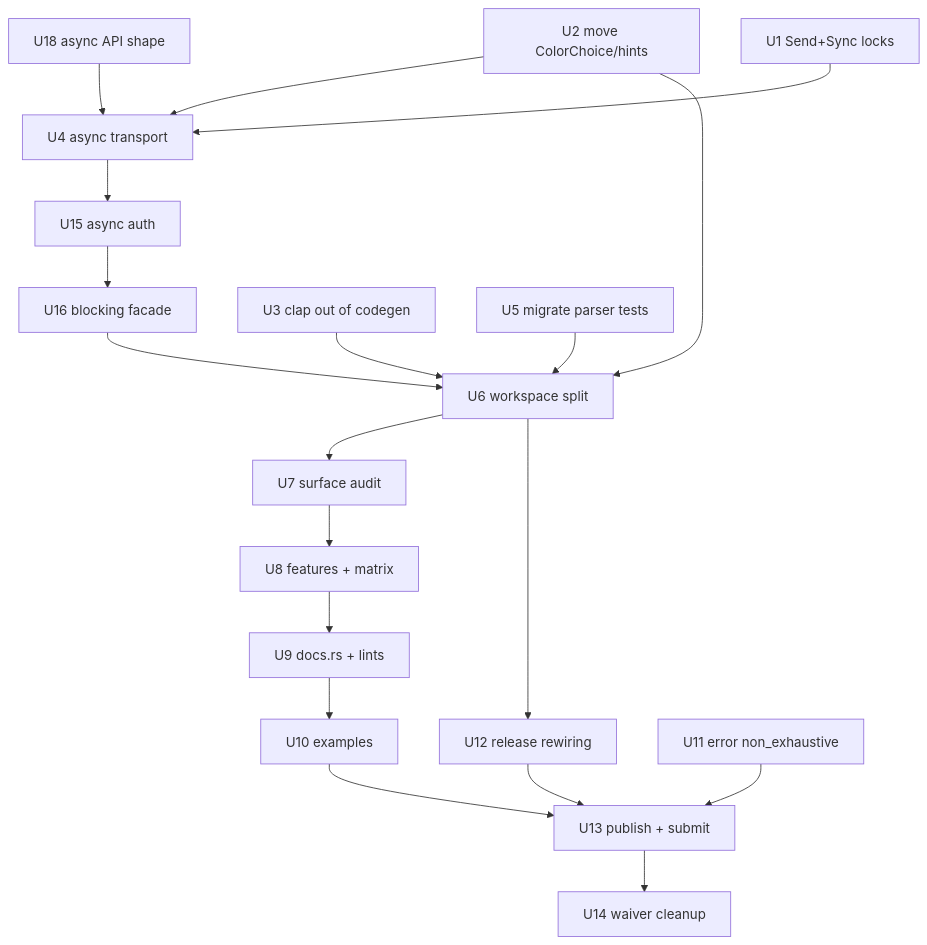
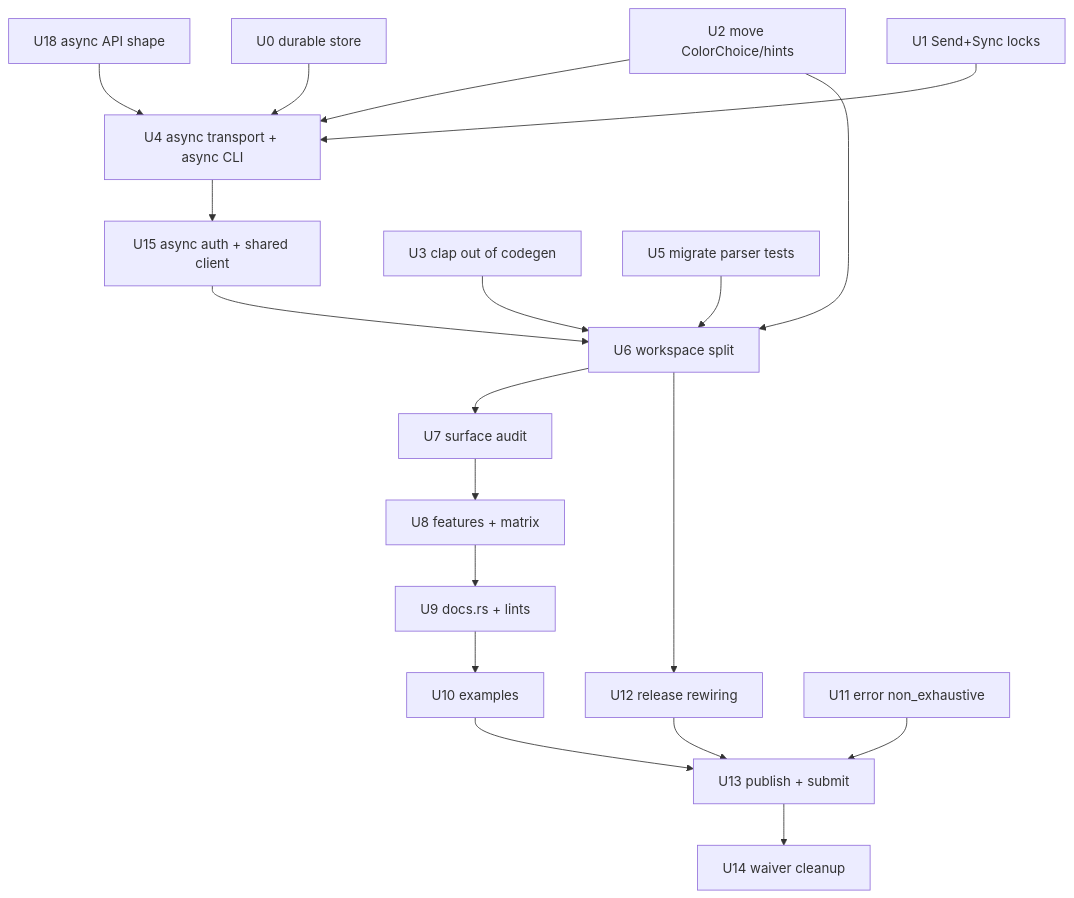
Before and after one commit to brettdavies/xurl-rs: the third of 3 diagrams in docs/plans/2026-09-15-2343-refactor-adoption-grade-crate-plan.md, drawn with Mermaid. The commit also changed other lines of this file, not shown here.

````diff
--- a/docs/plans/2026-09-15-2343-refactor-adoption-grade-crate-plan.md
+++ b/docs/plans/2026-09-15-2343-refactor-adoption-grade-crate-plan.md
@@ -247,22 +277,22 @@
 ```mermaid
 graph TD
     U18[U18 async API shape] --> U4
+    U0[U0 durable store] --> U4
     U1[U1 Send+Sync locks] --> U4
-    U2[U2 move ColorChoice/hints] --> U4[U4 async transport]
-    U4 --> U15[U15 async auth]
-    U15 --> U16[U16 blocking facade]
+    U2[U2 move ColorChoice/hints] --> U4[U4 async transport + async CLI]
+    U4 --> U15[U15 async auth + shared client]
     U2 --> U6[U6 workspace split]
     U3[U3 clap out of codegen] --> U6
-    U16 --> U6
+    U15 --> U6
     U5[U5 migrate parser tests] --> U6
     U6 --> U7[U7 surface audit]
     U6 --> U12[U12 release rewiring]
     U7 --> U8[U8 features + matrix]
     U8 --> U9[U9 docs.rs + lints]
     U9 --> U10[U10 examples]
     U11[U11 error non_exhaustive]
     U10 --> U13[U13 publish + submit]
     U12 --> U13
     U11 --> U13
     U13 --> U14[U14 waiver cleanup]
 ```
````
